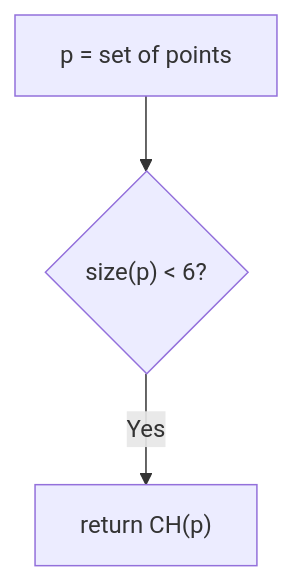
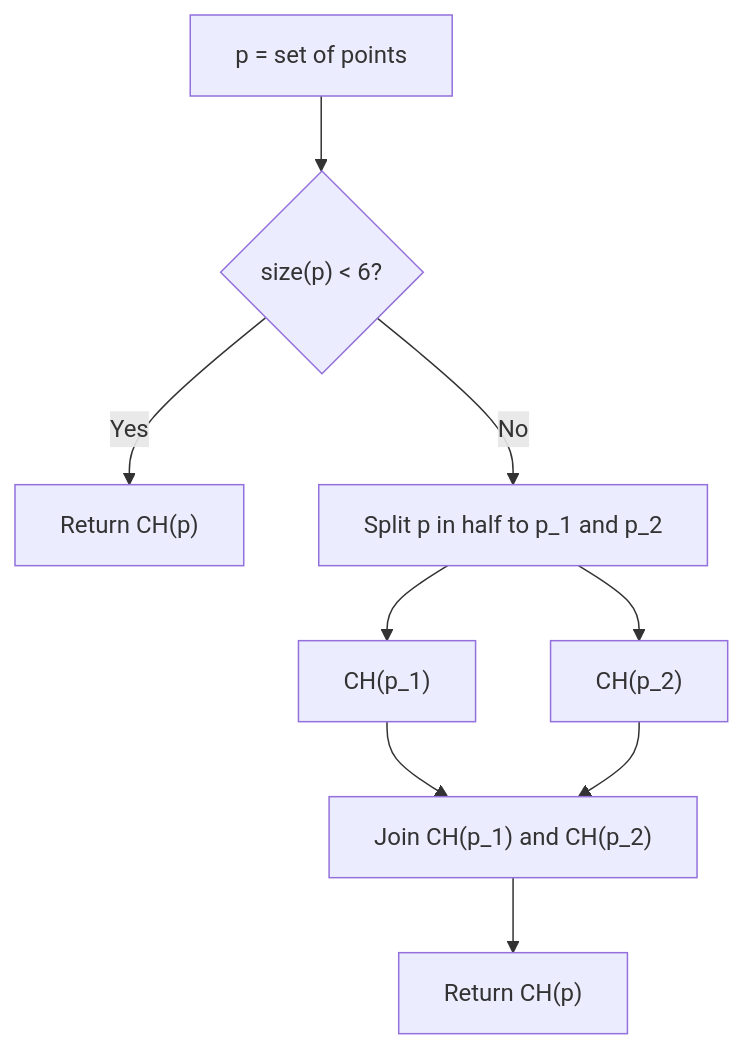
One commit to tvomacka/Geometrica changed the diagram in README.source.md. Above: the diagram before and after it, drawn with Mermaid.

````diff
--- a/README.source.md
+++ b/README.source.md
@@ -19,5 +19,10 @@
 ```mermaid
 flowchart TD
   A[p = set of points] --> B{"size(p) < 6?"}
-  B-- Yes --> C["return CH(p)"]
+  B -- Yes --> C["Return CH(p)"]
+  B -- No --> D[Split p in half to p_1 and p_2]
+  D --> E["CH(p_1)"] & F["CH(p_2)"]
+  E --> G["Join CH(p_1) and CH(p_2)"]
+  F --> G
+  G --> H["Return CH(p)"]
 ```
````
